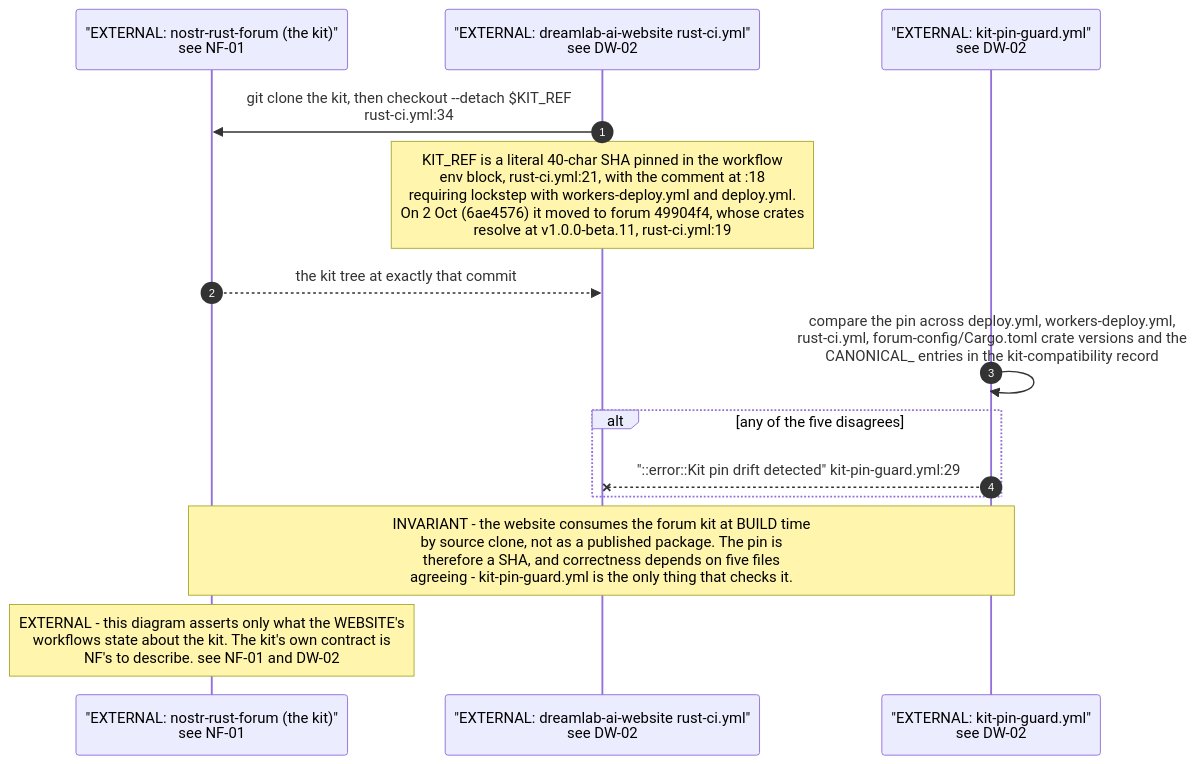
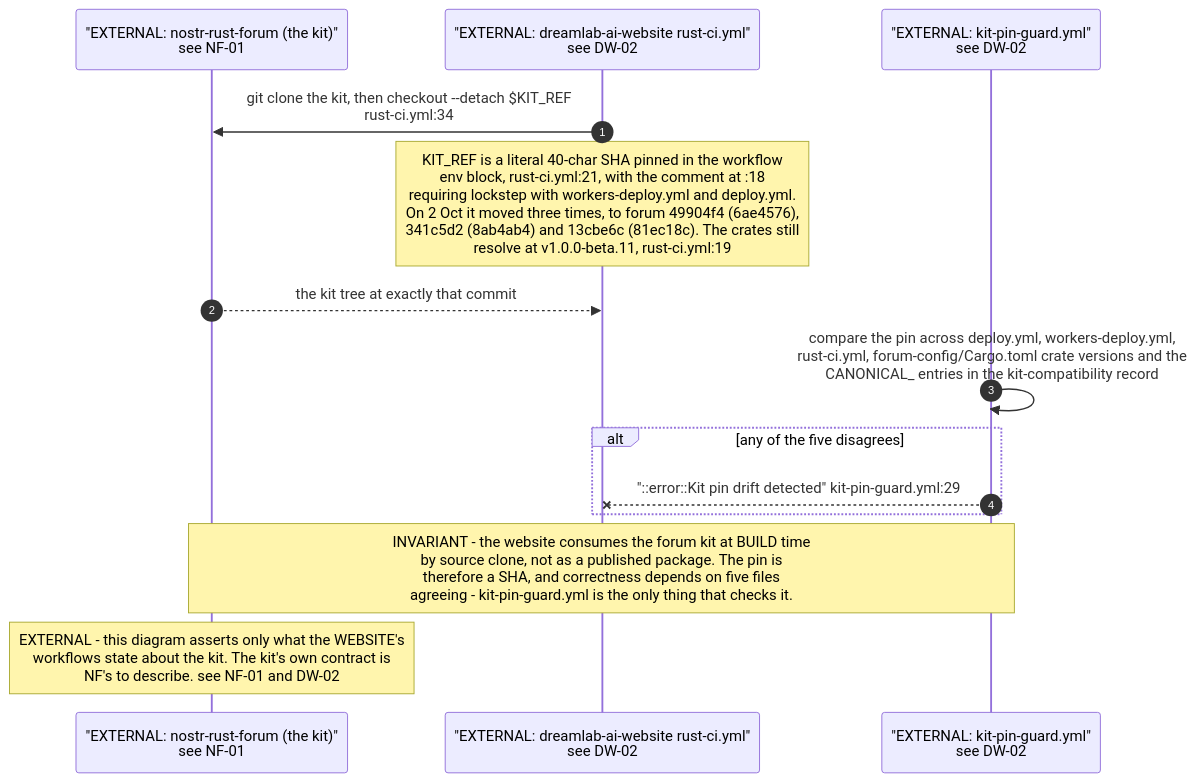
The fourth of 5 diagrams in docs/diagrams/estate/11-publishing-axis.md (DreamLab-AI/VisionFlow), drawn with Mermaid before and after one commit. The commit also changed other lines of this file and 31 other files, not shown here.

````diff
--- a/docs/diagrams/estate/11-publishing-axis.md
+++ b/docs/diagrams/estate/11-publishing-axis.md
@@ -116,17 +116,17 @@
 ```mermaid
 sequenceDiagram
     autonumber
     participant NF as "EXTERNAL: nostr-rust-forum (the kit)"<br/>see NF-01
     participant CI as "EXTERNAL: dreamlab-ai-website rust-ci.yml"<br/>see DW-02
     participant GUARD as "EXTERNAL: kit-pin-guard.yml"<br/>see DW-02
 
     CI->>NF: git clone the kit, then checkout --detach $KIT_REF<br/>rust-ci.yml:34
-    Note over CI: KIT_REF is a literal 40-char SHA pinned in the workflow<br/>env block, rust-ci.yml:21, with the comment at :18<br/>requiring lockstep with workers-deploy.yml and deploy.yml.<br/>On 2 Oct (6ae4576) it moved to forum 49904f4, whose crates<br/>resolve at v1.0.0-beta.11, rust-ci.yml:19
+    Note over CI: KIT_REF is a literal 40-char SHA pinned in the workflow<br/>env block, rust-ci.yml:21, with the comment at :18<br/>requiring lockstep with workers-deploy.yml and deploy.yml.<br/>On 2 Oct it moved three times, to forum 49904f4 (6ae4576),<br/>341c5d2 (8ab4ab4) and 13cbe6c (81ec18c). The crates still<br/>resolve at v1.0.0-beta.11, rust-ci.yml:19
     NF-->>CI: the kit tree at exactly that commit
     GUARD->>GUARD: compare the pin across deploy.yml, workers-deploy.yml,<br/>rust-ci.yml, forum-config/Cargo.toml crate versions and the<br/>CANONICAL_ entries in the kit-compatibility record
     alt any of the five disagrees
         GUARD--xCI: "::error::Kit pin drift detected" kit-pin-guard.yml:29
     end
     Note over NF,GUARD: INVARIANT - the website consumes the forum kit at BUILD time<br/>by source clone, not as a published package. The pin is<br/>therefore a SHA, and correctness depends on five files<br/>agreeing - kit-pin-guard.yml is the only thing that checks it.
     Note over NF: EXTERNAL - this diagram asserts only what the WEBSITE's<br/>workflows state about the kit. The kit's own contract is<br/>NF's to describe. see NF-01 and DW-02
 ```
````
